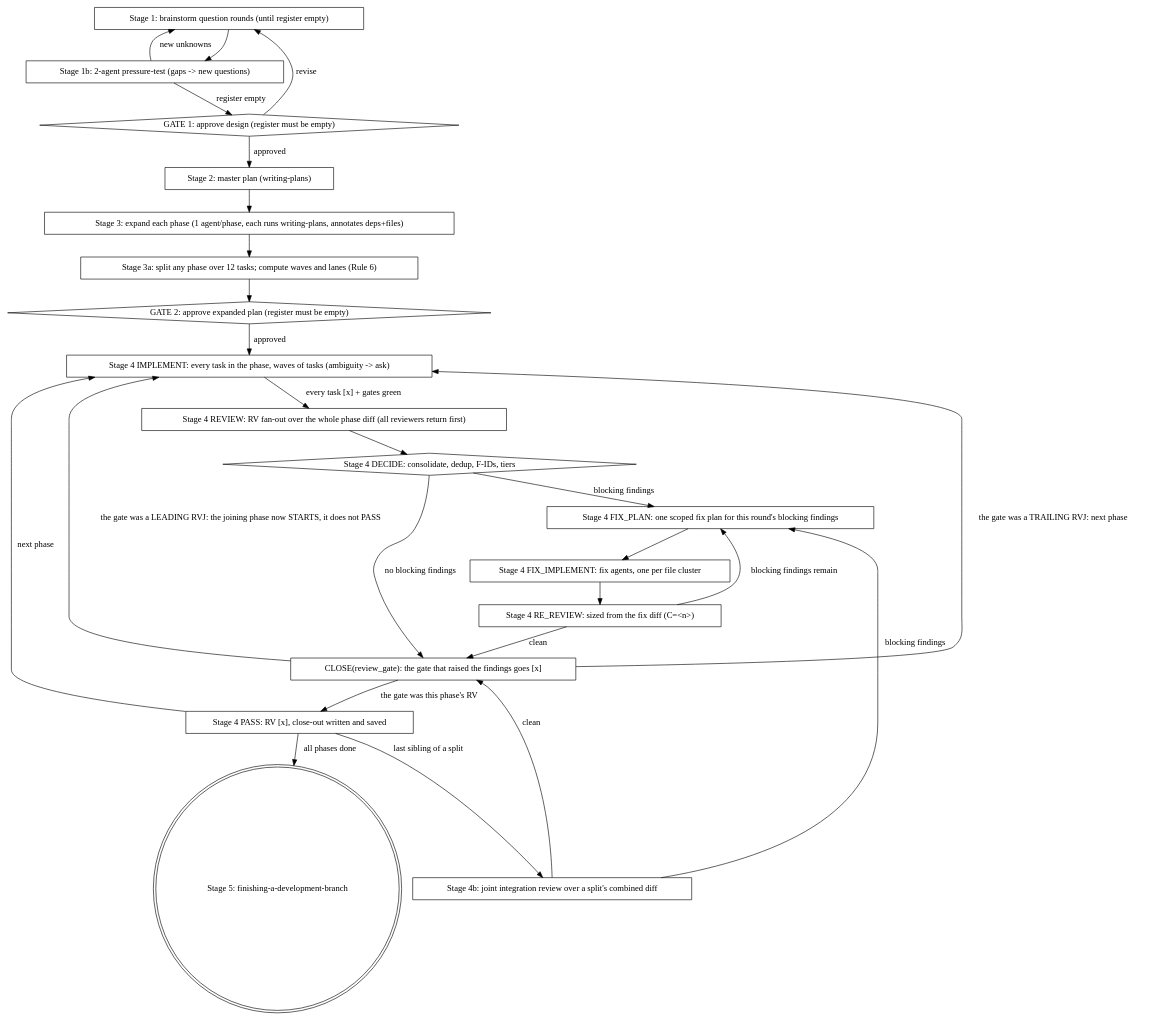
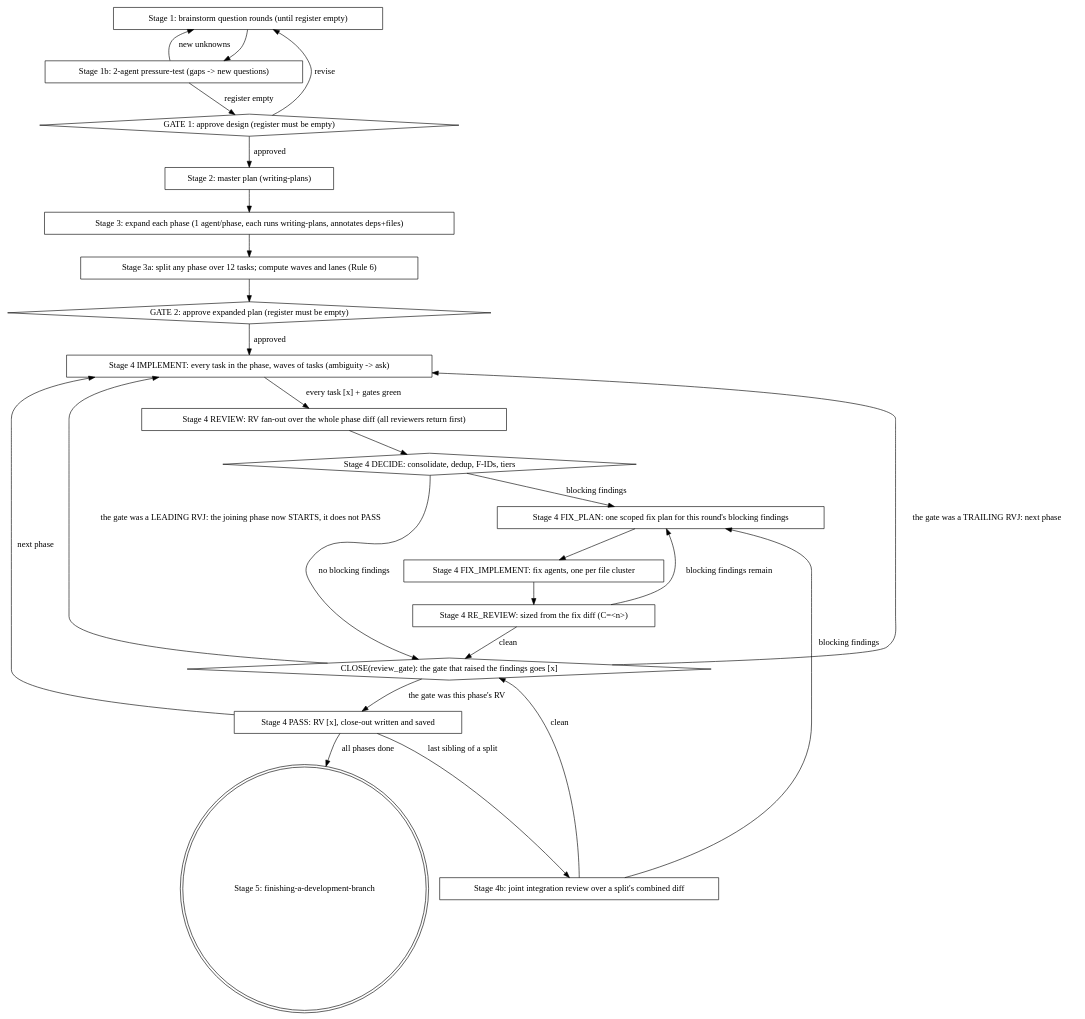
Before and after one commit to kardebadas/claude-plugin: the diagram in plugins/superb/skills/pipeline/SKILL.md, drawn with Graphviz. The commit also changed 4 other files, not shown here.

````diff
--- a/plugins/superb/skills/pipeline/SKILL.md
+++ b/plugins/superb/skills/pipeline/SKILL.md
@@ -596,47 +596,47 @@
 ```dot
 digraph pipeline {
     "Stage 1: brainstorm question rounds (until register empty)" [shape=box];
     "Stage 1b: 2-agent pressure-test (gaps -> new questions)" [shape=box];
     "GATE 1: approve design (register must be empty)" [shape=diamond];
     "Stage 2: master plan (writing-plans)" [shape=box];
     "Stage 3: expand each phase (1 agent/phase, each runs writing-plans, annotates deps+files)" [shape=box];
     "Stage 3a: split any phase over 12 tasks; compute waves and lanes (Rule 6)" [shape=box];
     "GATE 2: approve expanded plan (register must be empty)" [shape=diamond];
     "Stage 4 IMPLEMENT: every task in the phase, waves of tasks (ambiguity -> ask)" [shape=box];
     "Stage 4 REVIEW: RV fan-out over the whole phase diff (all reviewers return first)" [shape=box];
     "Stage 4 DECIDE: consolidate, dedup, F-IDs, tiers" [shape=diamond];
     "Stage 4 FIX_PLAN: one scoped fix plan for this round's blocking findings" [shape=box];
     "Stage 4 FIX_IMPLEMENT: fix agents, one per file cluster" [shape=box];
     "Stage 4 RE_REVIEW: sized from the fix diff (C=<n>)" [shape=box];
-    "CLOSE(review_gate): the gate that raised the findings goes [x]" [shape=box];
+    "CLOSE(review_gate): the gate that raised the findings goes [x]" [shape=diamond];
     "Stage 4 PASS: RV [x], close-out written and saved" [shape=box];
     "Stage 4b: joint integration review over a split's combined diff" [shape=box];
     "Stage 5: finishing-a-development-branch" [shape=doublecircle];
 
     "Stage 1: brainstorm question rounds (until register empty)" -> "Stage 1b: 2-agent pressure-test (gaps -> new questions)";
     "Stage 1b: 2-agent pressure-test (gaps -> new questions)" -> "Stage 1: brainstorm question rounds (until register empty)" [label="new unknowns"];
     "Stage 1b: 2-agent pressure-test (gaps -> new questions)" -> "GATE 1: approve design (register must be empty)" [label="register empty"];
     "GATE 1: approve design (register must be empty)" -> "Stage 1: brainstorm question rounds (until register empty)" [label="revise"];
     "GATE 1: approve design (register must be empty)" -> "Stage 2: master plan (writing-plans)" [label="approved"];
     "Stage 2: master plan (writing-plans)" -> "Stage 3: expand each phase (1 agent/phase, each runs writing-plans, annotates deps+files)";
     "Stage 3: expand each phase (1 agent/phase, each runs writing-plans, annotates deps+files)" -> "Stage 3a: split any phase over 12 tasks; compute waves and lanes (Rule 6)";
     "Stage 3a: split any phase over 12 tasks; compute waves and lanes (Rule 6)" -> "GATE 2: approve expanded plan (register must be empty)";
     "GATE 2: approve expanded plan (register must be empty)" -> "Stage 4 IMPLEMENT: every task in the phase, waves of tasks (ambiguity -> ask)" [label="approved"];
     "Stage 4 IMPLEMENT: every task in the phase, waves of tasks (ambiguity -> ask)" -> "Stage 4 REVIEW: RV fan-out over the whole phase diff (all reviewers return first)" [label="every task [x] + gates green"];
     "Stage 4 REVIEW: RV fan-out over the whole phase diff (all reviewers return first)" -> "Stage 4 DECIDE: consolidate, dedup, F-IDs, tiers";
     "Stage 4 DECIDE: consolidate, dedup, F-IDs, tiers" -> "CLOSE(review_gate): the gate that raised the findings goes [x]" [label="no blocking findings"];
     "Stage 4 DECIDE: consolidate, dedup, F-IDs, tiers" -> "Stage 4 FIX_PLAN: one scoped fix plan for this round's blocking findings" [label="blocking findings"];
     "Stage 4 FIX_PLAN: one scoped fix plan for this round's blocking findings" -> "Stage 4 FIX_IMPLEMENT: fix agents, one per file cluster";
     "Stage 4 FIX_IMPLEMENT: fix agents, one per file cluster" -> "Stage 4 RE_REVIEW: sized from the fix diff (C=<n>)";
     "Stage 4 RE_REVIEW: sized from the fix diff (C=<n>)" -> "Stage 4 FIX_PLAN: one scoped fix plan for this round's blocking findings" [label="blocking findings remain"];
     "Stage 4 RE_REVIEW: sized from the fix diff (C=<n>)" -> "CLOSE(review_gate): the gate that raised the findings goes [x]" [label="clean"];
     "CLOSE(review_gate): the gate that raised the findings goes [x]" -> "Stage 4 PASS: RV [x], close-out written and saved" [label="the gate was this phase's RV"];
     "CLOSE(review_gate): the gate that raised the findings goes [x]" -> "Stage 4 IMPLEMENT: every task in the phase, waves of tasks (ambiguity -> ask)" [label="the gate was a LEADING RVJ: the joining phase now STARTS, it does not PASS"];
     "CLOSE(review_gate): the gate that raised the findings goes [x]" -> "Stage 4 IMPLEMENT: every task in the phase, waves of tasks (ambiguity -> ask)" [label="the gate was a TRAILING RVJ: next phase"];
     "Stage 4 PASS: RV [x], close-out written and saved" -> "Stage 4b: joint integration review over a split's combined diff" [label="last sibling of a split"];
     "Stage 4b: joint integration review over a split's combined diff" -> "Stage 4 FIX_PLAN: one scoped fix plan for this round's blocking findings" [label="blocking findings"];
     "Stage 4b: joint integration review over a split's combined diff" -> "CLOSE(review_gate): the gate that raised the findings goes [x]" [label="clean"];
     "Stage 4 PASS: RV [x], close-out written and saved" -> "Stage 4 IMPLEMENT: every task in the phase, waves of tasks (ambiguity -> ask)" [label="next phase"];
     "Stage 4 PASS: RV [x], close-out written and saved" -> "Stage 5: finishing-a-development-branch" [label="all phases done"];
 }
 ```
````
